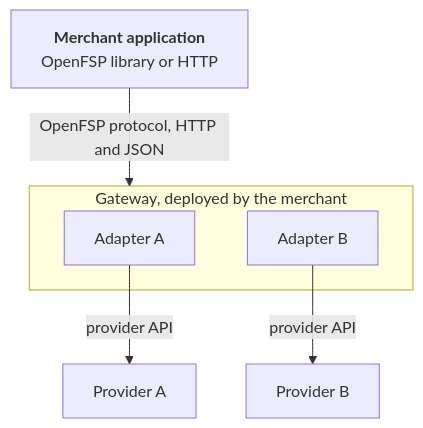
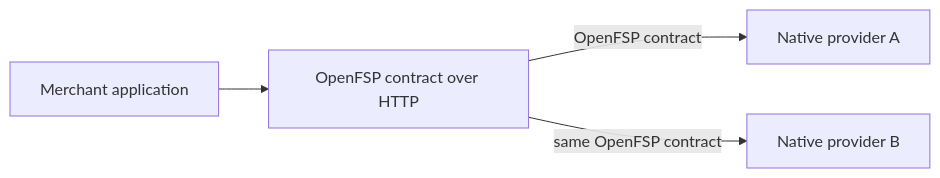
Before and after one commit to openfspht/openfsp.org: the diagram in content/docs/architecture.mdx, drawn with Mermaid. The commit also changed other lines of this file and 35 other files, not shown here.

Commit message:
docs: separate the standard from the gateway and add the native provider guide

````diff
--- a/content/docs/architecture.mdx
+++ b/content/docs/architecture.mdx
@@ -31,13 +18,6 @@
 ```mermaid
-flowchart TD
-    A["<b>Merchant application</b><br/>OpenFSP library or HTTP"]
-    subgraph G["Gateway, deployed by the merchant"]
-        AD1["Adapter A"]
-        AD2["Adapter B"]
-    end
-    P1["Provider A"]
-    P2["Provider B"]
-    A -- "OpenFSP protocol, HTTP and JSON" --> G
-    AD1 -- "provider API" --> P1
-    AD2 -- "provider API" --> P2
+flowchart LR
+    A["Merchant application"] --> S["OpenFSP contract over HTTP"]
+    S -- "OpenFSP contract" --> P1["Native provider A"]
+    S -- "same OpenFSP contract" --> P2["Native provider B"]
 ```
````
